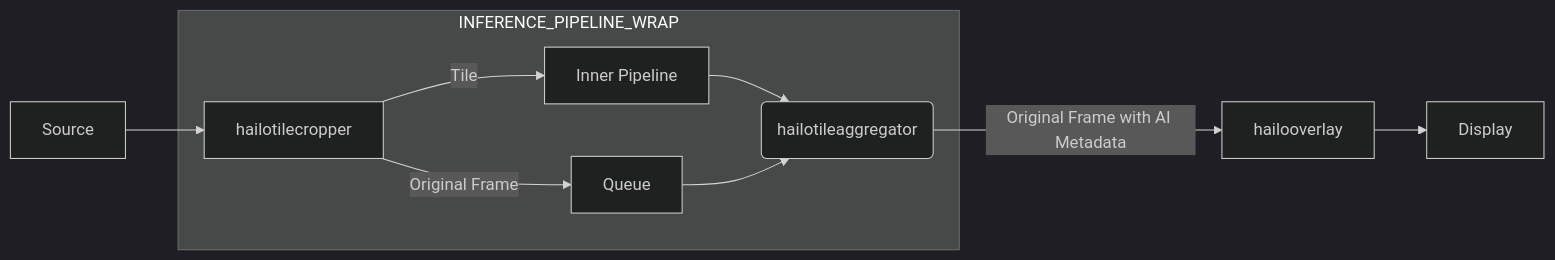
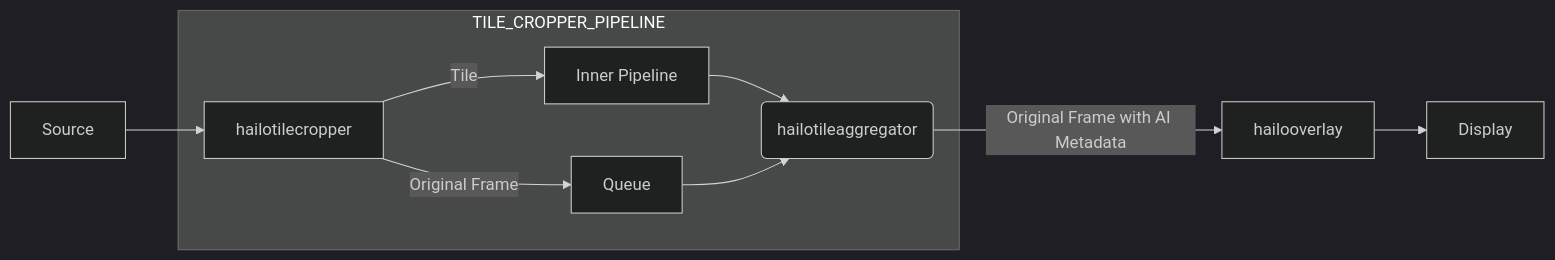
The fifth of 5 diagrams in doc/developer_guide/app_development.md (hailocs/hailo-apps-internal), drawn with Mermaid (dark theme) before and after one commit. The commit also changed other lines of this file and 6 other files, not shown here.

````diff
--- a/doc/developer_guide/app_development.md
+++ b/doc/developer_guide/app_development.md
@@ -389,12 +397,12 @@
 ```mermaid
 flowchart LR
     A[Source] --> C
-    subgraph INFERENCE_PIPELINE_WRAP
+    subgraph TILE_CROPPER_PIPELINE
         C[hailotilecropper]
         C -- Tile --> I[Inner Pipeline]
         C -- Original Frame --> Q[Queue]
         I --> AGG(hailotileaggregator)
         Q --> AGG
     end
     AGG -- Original Frame with AI Metadata --> F[hailooverlay] --> G[Display]
 ```
````
